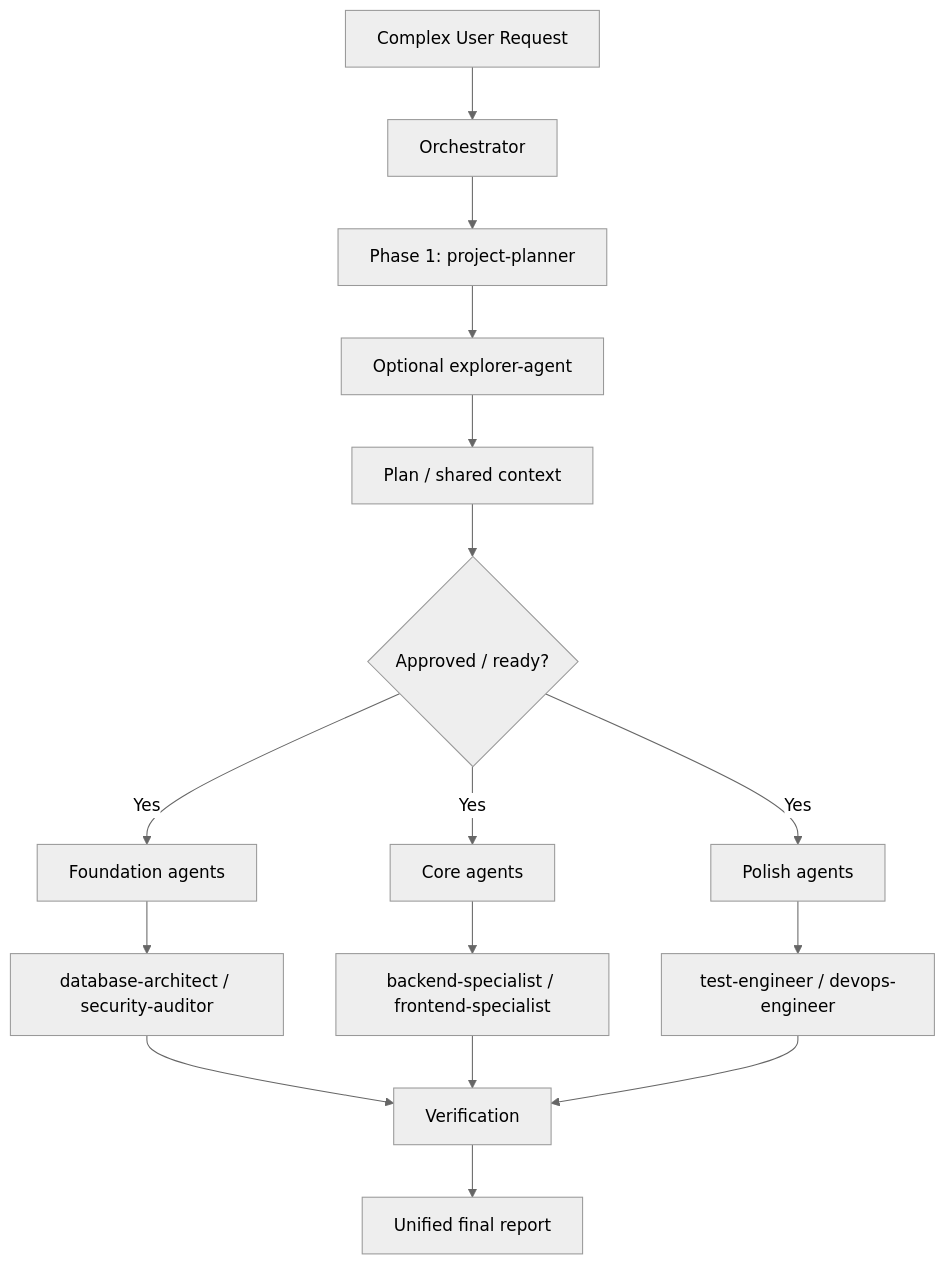
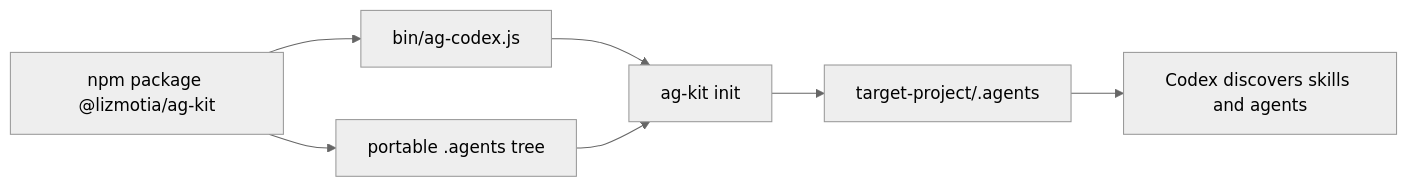
One commit to LethimCookMyBro/antigravity-codex-bridge changed the second of 3 diagrams in AGENT_FLOW.md. Above: the diagram before and after it, drawn with Mermaid (neutral theme). The commit also changed other lines of this file and 5 other files, not shown here.

Commit message:
docs: rewrite AG Kit docs for published npm workflow

````diff
--- a/AGENT_FLOW.md
+++ b/AGENT_FLOW.md
@@ -196,18 +77,9 @@
 ```mermaid
-flowchart TD
-    U["Complex User Request"] --> O["Orchestrator"]
-    O --> P["Phase 1: project-planner"]
-    P --> E["Optional explorer-agent"]
-    E --> G["Plan / shared context"]
-    G --> Q{"Approved / ready?"}
-    Q -->|Yes| F["Foundation agents"]
-    Q -->|Yes| C["Core agents"]
-    Q -->|Yes| Z["Polish agents"]
-    F --> R["database-architect / security-auditor"]
-    C --> T["backend-specialist / frontend-specialist"]
-    Z --> Y["test-engineer / devops-engineer"]
-    R --> S["Verification"]
-    T --> S
-    Y --> S
-    S --> H["Unified final report"]
+flowchart LR
+    P["npm package @lizmotia/ag-kit"] --> C["bin/ag-codex.js"]
+    P --> A["portable .agents tree"]
+    C --> I["ag-kit init"]
+    A --> I
+    I --> T["target-project/.agents"]
+    T --> D["Codex discovers skills and agents"]
 ```
````
